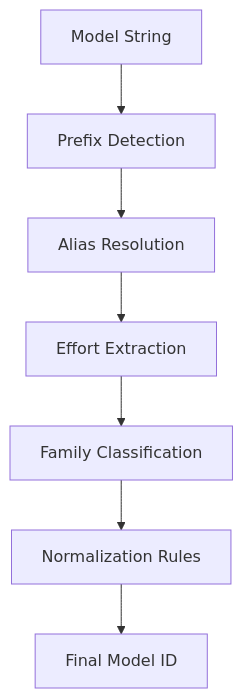
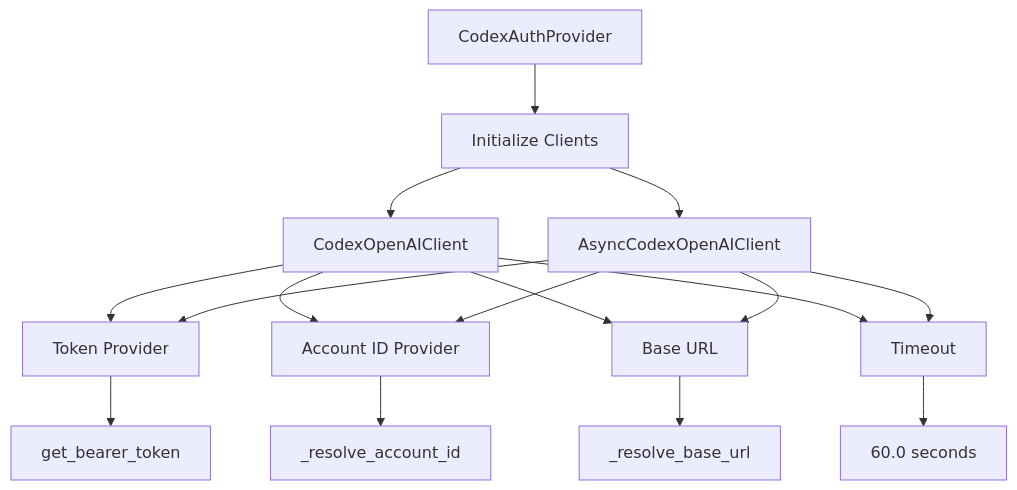
Diagram 13 of 13 in docs/architecture.md (jslorrma/litellm-codex-oauth-provider), drawn with Mermaid before and after one commit. The commit also changed other lines of this file and 3 other files, not shown here.

First line of the commit message:
docs: update documentation for OpenAI client architecture

````diff
--- a/docs/architecture.md
+++ b/docs/architecture.md
@@ -257,9 +351,21 @@
 ```mermaid
 graph TD
-    A[Model String] --> B[Prefix Detection]
-    B --> C[Alias Resolution]
-    C --> D[Effort Extraction]
-    D --> E[Family Classification]
-    E --> F[Normalization Rules]
-    F --> G[Final Model ID]
+    A[CodexAuthProvider] --> B[Initialize Clients]
+    B --> C[CodexOpenAIClient]
+    B --> D[AsyncCodexOpenAIClient]
+
+    C --> E[Token Provider]
+    C --> F[Account ID Provider]
+    C --> G[Base URL]
+    C --> H[Timeout]
+
+    D --> E
+    D --> F
+    D --> G
+    D --> H
+
+    E --> I[get_bearer_token]
+    F --> J[_resolve_account_id]
+    G --> K[_resolve_base_url]
+    H --> L[60.0 seconds]
 ```
````
